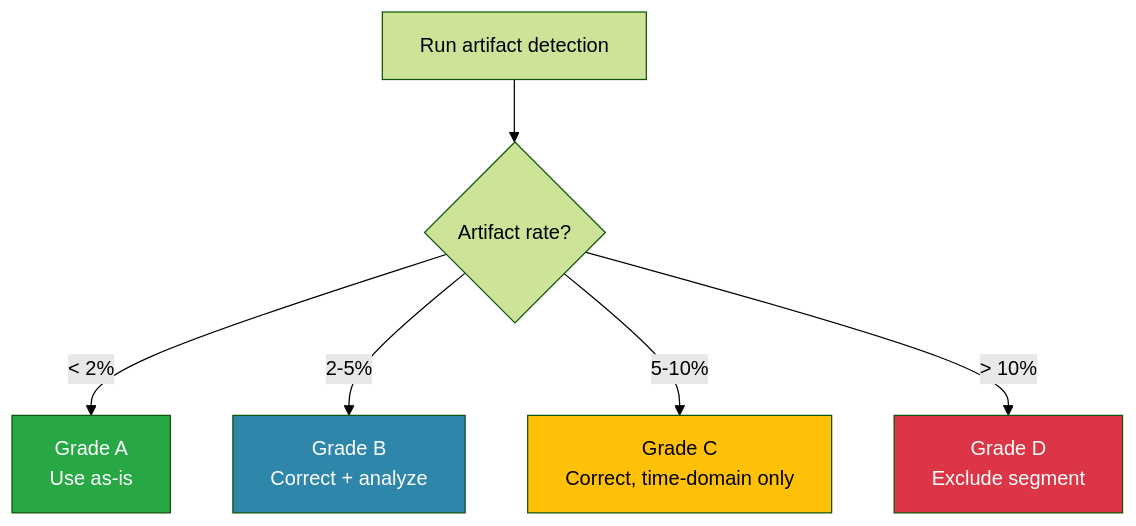
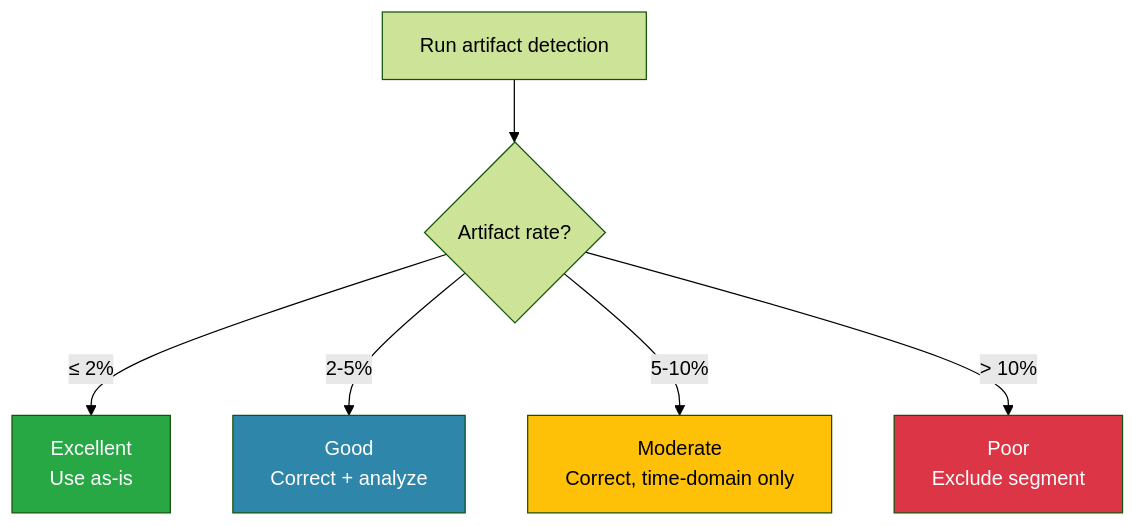
Before and after one commit to saiko-psych/RRational: the diagram in docs/science/guidelines.md, drawn with Mermaid (forest theme). The commit also changed other lines of this file and 16 other files, not shown here.

````diff
--- a/docs/science/guidelines.md
+++ b/docs/science/guidelines.md
@@ -20,13 +20,13 @@
 ``` mermaid
 flowchart TD
   A[Run artifact detection] --> B{Artifact rate?}
-  B -->|< 2%| C[Grade A\nUse as-is]
-  B -->|2-5%| D[Grade B\nCorrect + analyze]
-  B -->|5-10%| E[Grade C\nCorrect, time-domain only]
-  B -->|> 10%| F[Grade D\nExclude segment]
+  B -->|≤ 2%| C[Excellent\nUse as-is]
+  B -->|2-5%| D[Good\nCorrect + analyze]
+  B -->|5-10%| E[Moderate\nCorrect, time-domain only]
+  B -->|> 10%| F[Poor\nExclude segment]
 
   style C fill:#28a745,color:#fff
   style D fill:#2E86AB,color:#fff
   style E fill:#ffc107,color:#000
   style F fill:#dc3545,color:#fff
 ```
````
